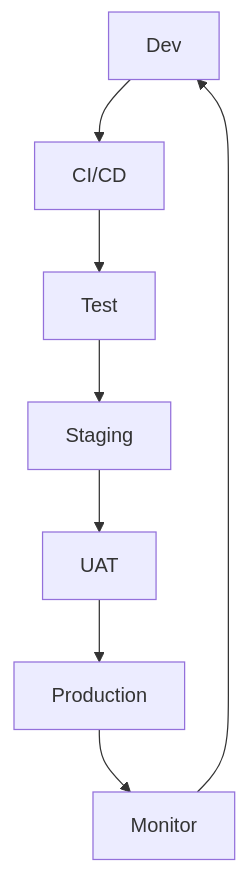
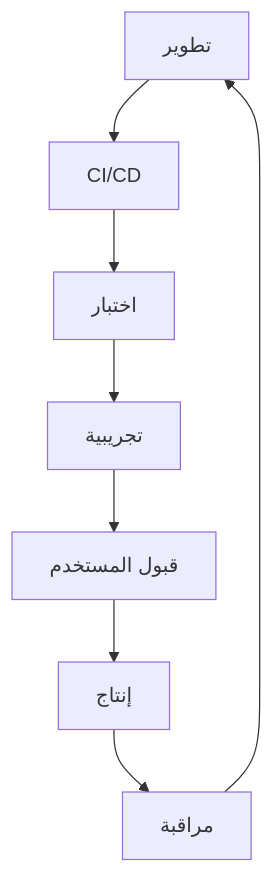
Before and after one commit to Ash69g/Documentation-Study: the first of 7 diagrams in docs/12-release-and-devops/12-release-and-devops.md, drawn with Mermaid. The commit also changed other lines of this file and 15 other files, not shown here.

````diff
--- a/docs/12-release-and-devops/12-release-and-devops.md
+++ b/docs/12-release-and-devops/12-release-and-devops.md
@@ -23,10 +44,10 @@
 ```mermaid
 flowchart TD
-  Dev["Dev"] --> CI["CI/CD"]
-  CI --> Test["Test"]
-  Test --> Stage["Staging"]
-  Stage --> UAT["UAT"]
-  UAT --> Prod["Production"]
-  Prod --> Monitor["Monitor"]
+  Dev["تطوير"] --> CI["CI/CD"]
+  CI --> Test["اختبار"]
+  Test --> Stage["تجريبية"]
+  Stage --> UAT["قبول المستخدم"]
+  UAT --> Prod["إنتاج"]
+  Prod --> Monitor["مراقبة"]
   Monitor --> Dev
 ```
````
